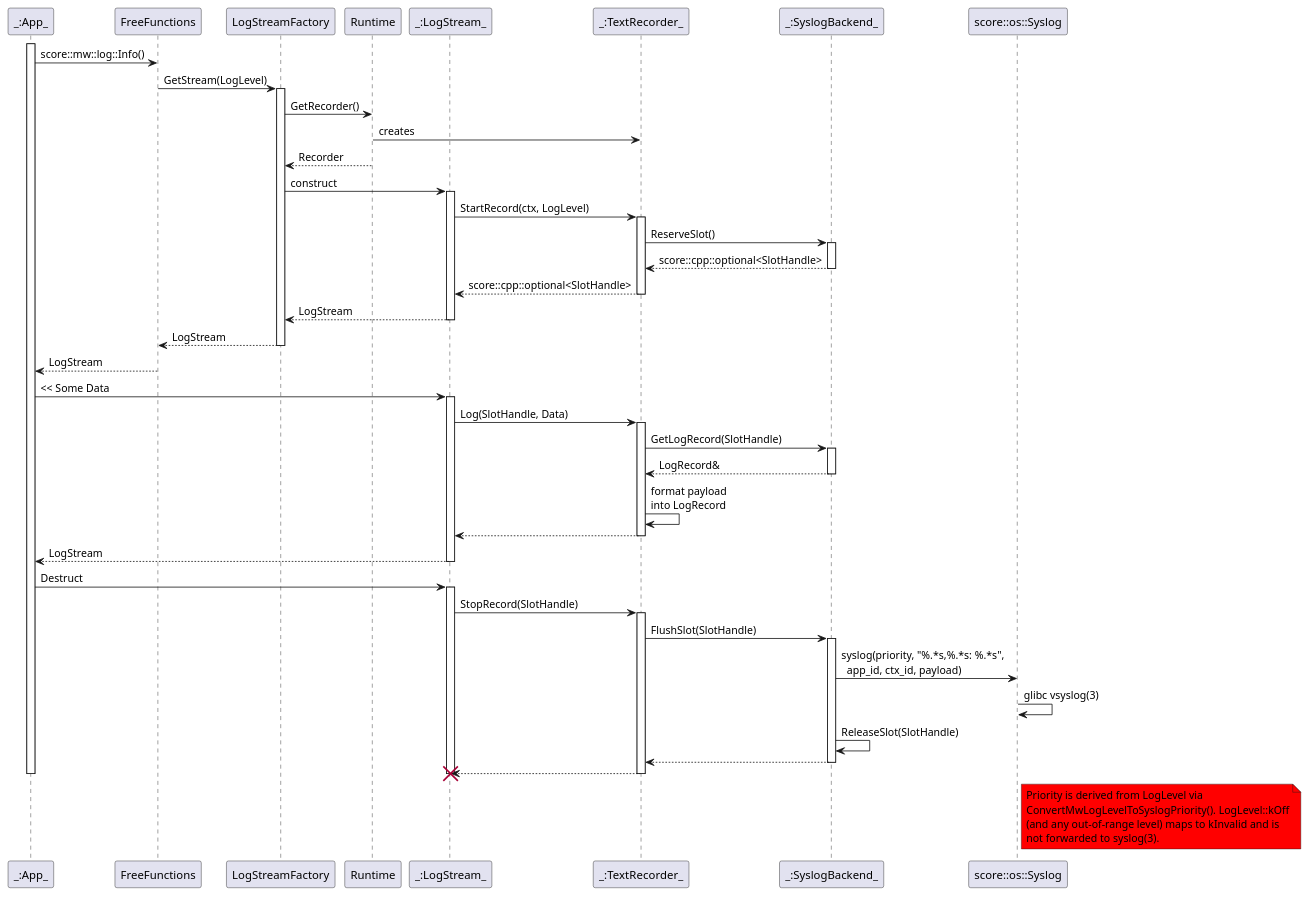
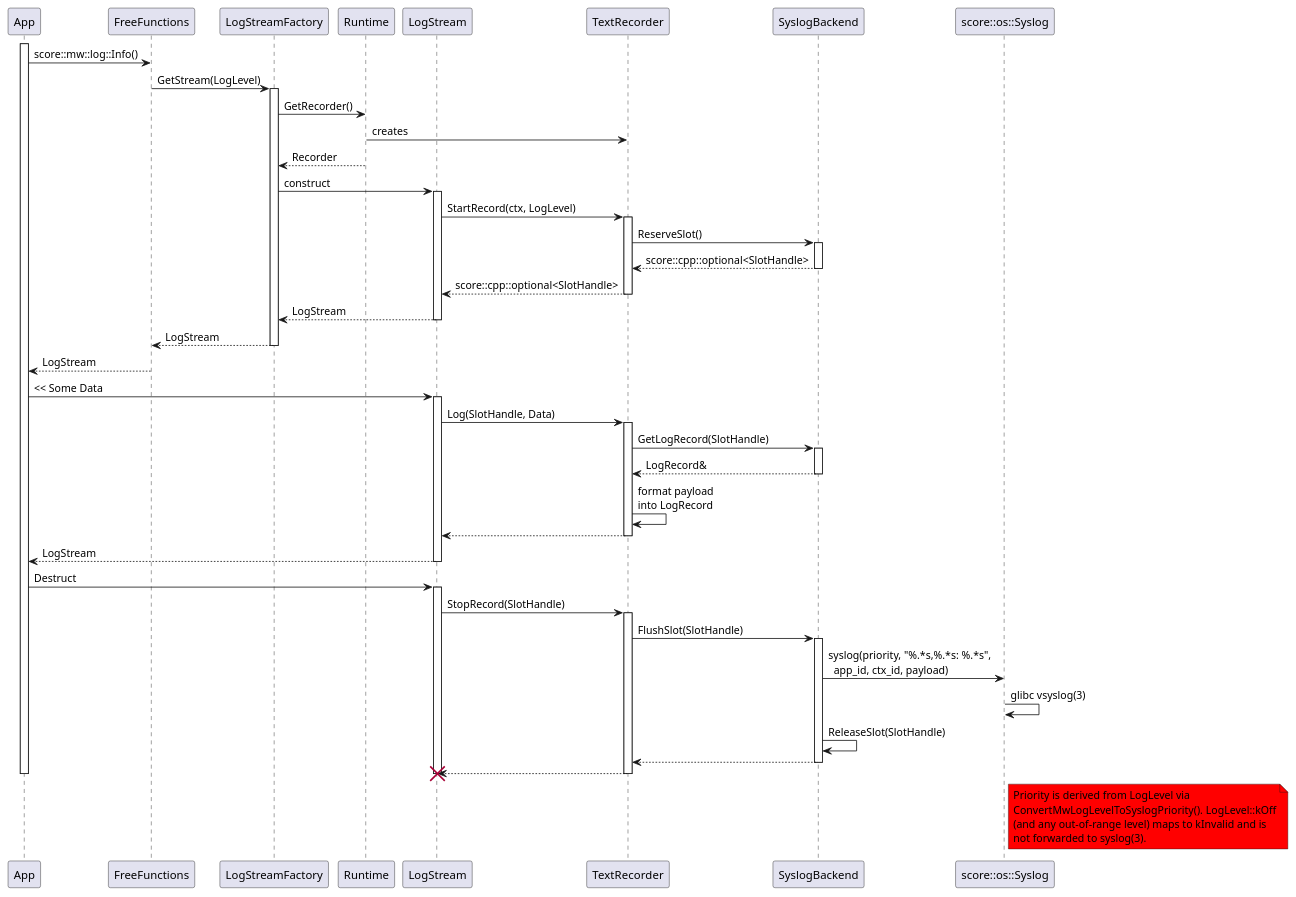
Before and after one commit to eclipse-score/logging: the diagram in score/mw/log/design/backend/syslog_backend_sequence.puml, drawn with PlantUML. The commit also changed 1 other file, not shown here.

Commit message:
docs: use plain participant names in syslog sequence
score_tooling 3.x needs plain identifiers, so _:X_ becomes X.

```diff
--- a/score/mw/log/design/backend/syslog_backend_sequence.puml
+++ b/score/mw/log/design/backend/syslog_backend_sequence.puml
@@ -13,100 +13,100 @@
 @startuml syslog_backend_sequence
 
-participant "_:App_" as App
+participant "App" as App
 participant "FreeFunctions" as FreeFunctions
 participant "LogStreamFactory" as LogStreamFactory
 participant "Runtime" as Runtime
-participant "_:LogStream_" as LogStream
-participant "_:TextRecorder_" as TextRecorder
-participant "_:SyslogBackend_" as SyslogBackend
+participant "LogStream" as LogStream
+participant "TextRecorder" as TextRecorder
+participant "SyslogBackend" as SyslogBackend
 participant "score::os::Syslog" as Syslog
 
 activate App
 
 App -> FreeFunctions : score::mw::log::Info()
 
 FreeFunctions -> LogStreamFactory : GetStream(LogLevel)
 
 activate LogStreamFactory
 
 LogStreamFactory -> Runtime : GetRecorder()
 Runtime -> TextRecorder : creates
 LogStreamFactory <-- Runtime : Recorder
 
 LogStreamFactory -> LogStream : construct
 
 activate LogStream
 
 LogStream -> TextRecorder : StartRecord(ctx, LogLevel)
 activate TextRecorder
 
 TextRecorder -> SyslogBackend : ReserveSlot()
 activate SyslogBackend
 TextRecorder <-- SyslogBackend : score::cpp::optional<SlotHandle>
 deactivate SyslogBackend
 
 LogStream <-- TextRecorder : score::cpp::optional<SlotHandle>
 deactivate TextRecorder
 
 LogStreamFactory <-- LogStream : LogStream
 deactivate LogStream
 
 FreeFunctions <-- LogStreamFactory : LogStream
 deactivate LogStreamFactory
 
 App <-- FreeFunctions : LogStream
 
 App -> LogStream : << Some Data
 
 activate LogStream
 
 LogStream -> TextRecorder : Log(SlotHandle, Data)
 activate TextRecorder
 
 TextRecorder -> SyslogBackend : GetLogRecord(SlotHandle)
 activate SyslogBackend
 TextRecorder <-- SyslogBackend : LogRecord&
 deactivate SyslogBackend
 
 TextRecorder -> TextRecorder : format payload\ninto LogRecord
 
 LogStream <-- TextRecorder
 deactivate TextRecorder
 
 App <-- LogStream : LogStream
 deactivate LogStream
 
 App -> LogStream : Destruct
 
 activate LogStream
 
 LogStream -> TextRecorder : StopRecord(SlotHandle)
 activate TextRecorder
 
 TextRecorder -> SyslogBackend : FlushSlot(SlotHandle)
 activate SyslogBackend
 
 SyslogBackend -> Syslog : syslog(priority, "%.*s,%.*s: %.*s",\n  app_id, ctx_id, payload)
 
 Syslog -> Syslog : glibc vsyslog(3)
 
 SyslogBackend -> SyslogBackend : ReleaseSlot(SlotHandle)
 
 TextRecorder <-- SyslogBackend
 deactivate SyslogBackend
 
 LogStream <-- TextRecorder
 deactivate TextRecorder
 
 destroy LogStream
 
 deactivate App
 
 note right of Syslog #red
   Priority is derived from LogLevel via
   ConvertMwLogLevelToSyslogPriority(). LogLevel::kOff
   (and any out-of-range level) maps to kInvalid and is
   not forwarded to syslog(3).
 end note
 
 @enduml
```
